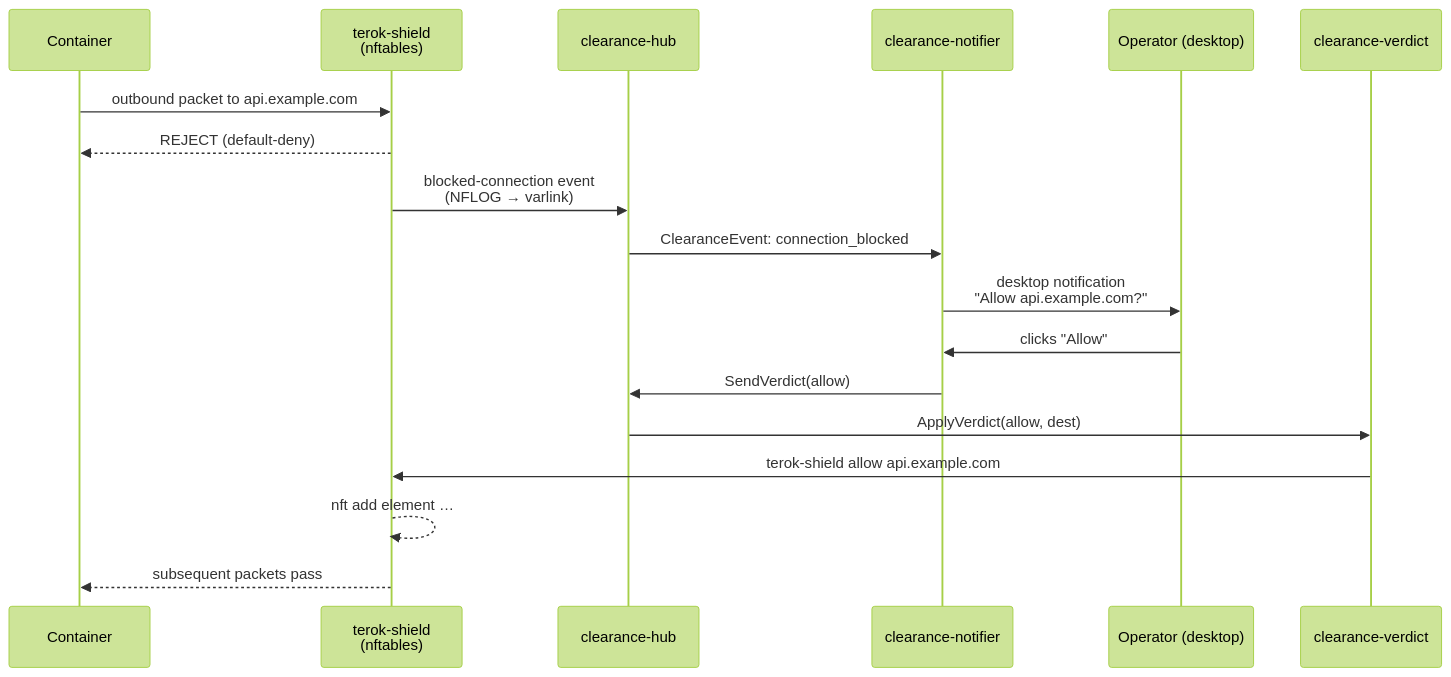
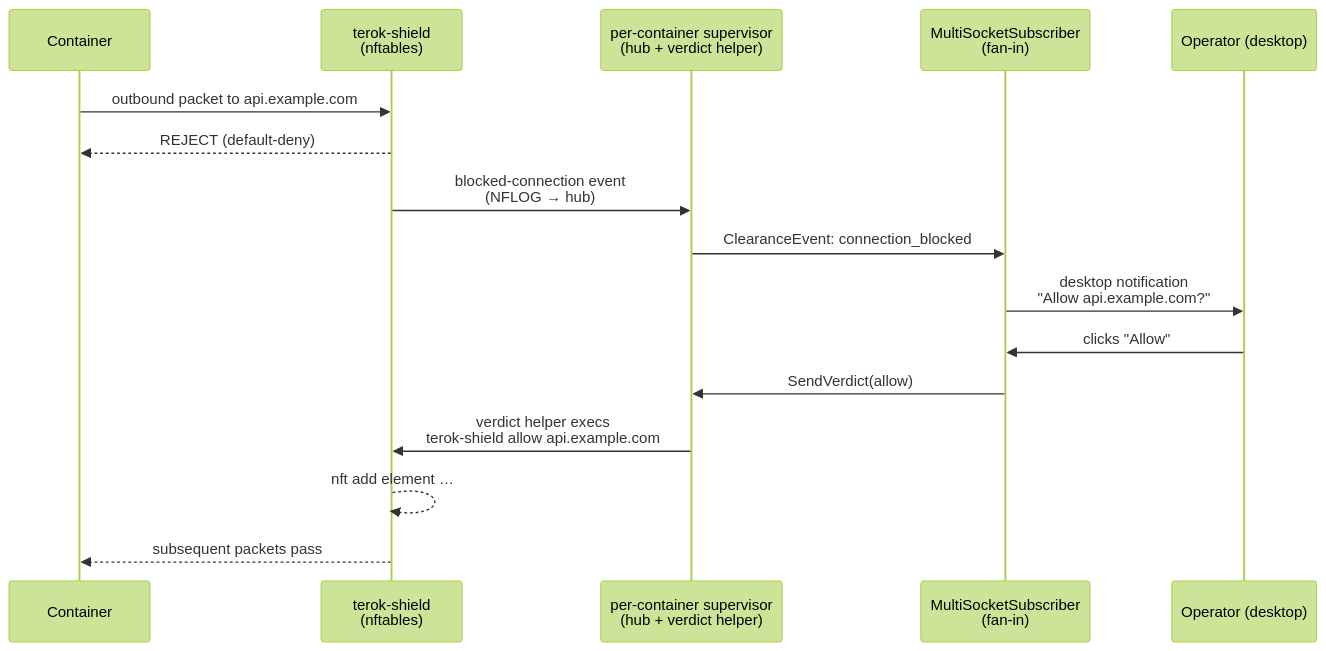
One commit to terok-ai/terok-clearance changed the diagram in docs/index.md. Above: the diagram before and after it, drawn with Mermaid (forest theme). The commit also changed other lines of this file and 28 other files, not shown here.

First line of the commit message:
feat: per-container supervisor model

````diff
--- a/docs/index.md
+++ b/docs/index.md
@@ -21,21 +25,19 @@
 ```mermaid
 sequenceDiagram
     participant C as Container
     participant S as terok-shield<br/>(nftables)
-    participant H as clearance-hub
-    participant N as clearance-notifier
+    participant Sup as per-container supervisor<br/>(hub + verdict helper)
+    participant Sub as MultiSocketSubscriber<br/>(fan-in)
     participant U as Operator (desktop)
-    participant V as clearance-verdict
 
     C->>S: outbound packet to api.example.com
     S-->>C: REJECT (default-deny)
-    S->>H: blocked-connection event<br/>(NFLOG → varlink)
-    H->>N: ClearanceEvent: connection_blocked
-    N->>U: desktop notification<br/>"Allow api.example.com?"
-    U->>N: clicks "Allow"
-    N->>H: SendVerdict(allow)
-    H->>V: ApplyVerdict(allow, dest)
-    V->>S: terok-shield allow api.example.com
+    S->>Sup: blocked-connection event<br/>(NFLOG → hub)
+    Sup->>Sub: ClearanceEvent: connection_blocked
+    Sub->>U: desktop notification<br/>"Allow api.example.com?"
+    U->>Sub: clicks "Allow"
+    Sub->>Sup: SendVerdict(allow)
+    Sup->>S: verdict helper execs<br/>terok-shield allow api.example.com
     S-->>S: nft add element …
     S-->>C: subsequent packets pass
 ```
````
